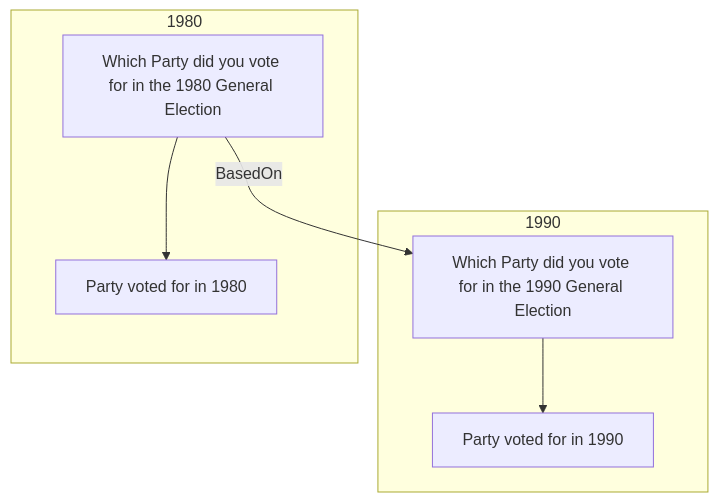
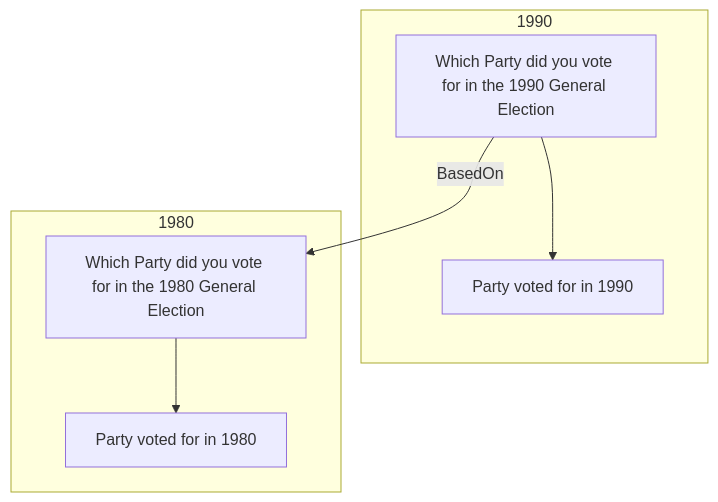
The third of 8 diagrams in workshops/comparison-overview.md (sofianekab/Varese), drawn with Mermaid before and after one commit. The commit also changed other lines of this file, not shown here.

````diff
--- a/workshops/comparison-overview.md
+++ b/workshops/comparison-overview.md
@@ -26,9 +26,9 @@
 ```mermaid
 graph TB
-  Pol80[Which Party did you vote for in the 1980 General Election] -- BasedOn -->  Pol90[Which Party did you vote for in the 1990 General Election]
+  Pol90[Which Party did you vote for in the 1990 General Election] -- BasedOn -->  Pol80[Which Party did you vote for in the 1980 General Election]
   subgraph 1990
     Pol90[Which Party did you vote for in the 1990 General Election] --> Pol90Var[Party voted for in 1990]
   end  subgraph 1980
     Pol80[Which Party did you vote for in the 1980 General Election] --> Pol80Var[Party voted for in 1980]
   end
 ```
````
